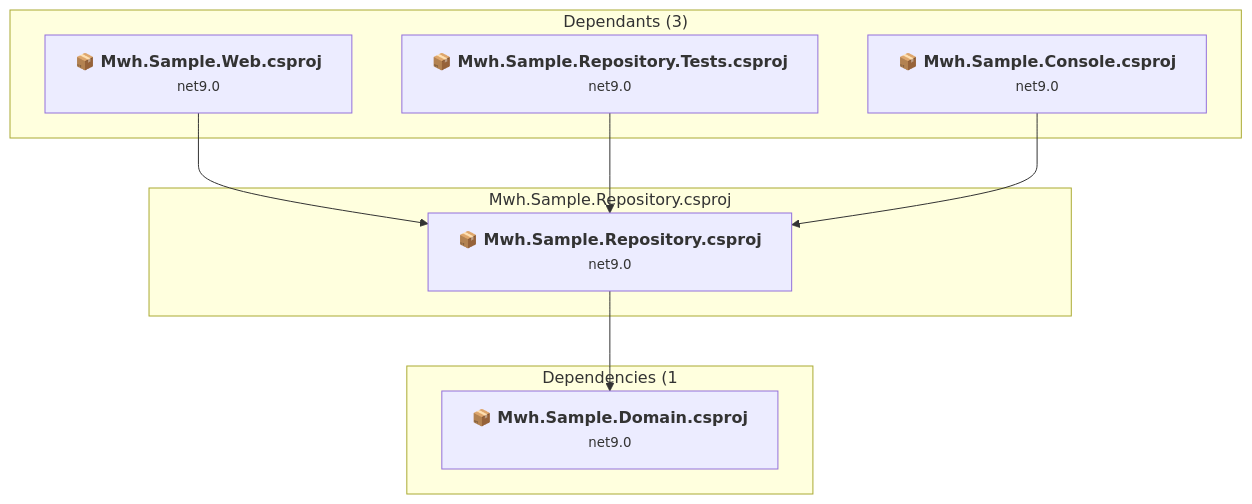
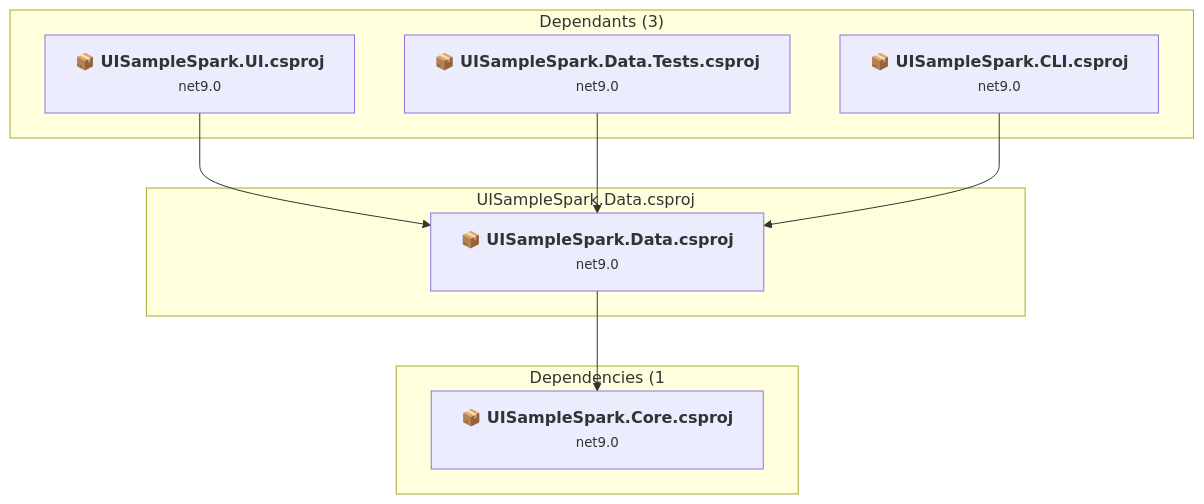
One commit to markhazleton/SampleMvcCRUD changed the seventh of 8 diagrams in .documentation/copilot/archive/upgrades/assessment.md. Above: the diagram before and after it, drawn with Mermaid. The commit also changed other lines of this file and 393 other files, not shown here.

First line of the commit message:
feat: Rebrand to UISampleSpark with modernized project structure

````diff
--- a/.documentation/copilot/archive/upgrades/assessment.md
+++ b/.documentation/copilot/archive/upgrades/assessment.md
@@ -298,24 +298,24 @@
 ```mermaid
 flowchart TB
     subgraph upstream["Dependants (3)"]
-        P1["<b>📦&nbsp;Mwh.Sample.Web.csproj</b><br/><small>net9.0</small>"]
-        P6["<b>📦&nbsp;Mwh.Sample.Repository.Tests.csproj</b><br/><small>net9.0</small>"]
-        P7["<b>📦&nbsp;Mwh.Sample.Console.csproj</b><br/><small>net9.0</small>"]
-        click P1 "#mwhsamplewebmwhsamplewebcsproj"
-        click P6 "#mwhsamplerepositorytestsmwhsamplerepositorytestscsproj"
-        click P7 "#mwhsampleconsolemwhsampleconsolecsproj"
+        P1["<b>📦&nbsp;UISampleSpark.UI.csproj</b><br/><small>net9.0</small>"]
+        P6["<b>📦&nbsp;UISampleSpark.Data.Tests.csproj</b><br/><small>net9.0</small>"]
+        P7["<b>📦&nbsp;UISampleSpark.CLI.csproj</b><br/><small>net9.0</small>"]
+        click P1 "#uisamplesparkuisamplesparkcsproj"
+        click P6 "#uisamplesparkdatatestscsproj"
+        click P7 "#uisamplesparkclicsproj"
     end
-    subgraph current["Mwh.Sample.Repository.csproj"]
-        MAIN["<b>📦&nbsp;Mwh.Sample.Repository.csproj</b><br/><small>net9.0</small>"]
-        click MAIN "#mwhsamplerepositorymwhsamplerepositorycsproj"
+    subgraph current["UISampleSpark.Data.csproj"]
+        MAIN["<b>📦&nbsp;UISampleSpark.Data.csproj</b><br/><small>net9.0</small>"]
+        click MAIN "#uisamplesparkdatacsproj"
     end
     subgraph downstream["Dependencies (1"]
-        P2["<b>📦&nbsp;Mwh.Sample.Domain.csproj</b><br/><small>net9.0</small>"]
-        click P2 "#mwhsampledomainmwhsampledomaincsproj"
+        P2["<b>📦&nbsp;UISampleSpark.Core.csproj</b><br/><small>net9.0</small>"]
+        click P2 "#uisamplesparkcorecsproj"
     end
     P1 --> MAIN
     P6 --> MAIN
     P7 --> MAIN
     MAIN --> P2
 
 ```
````
